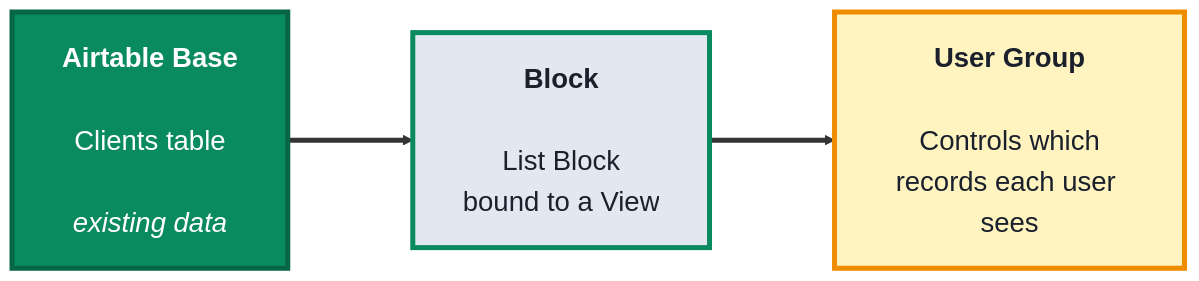
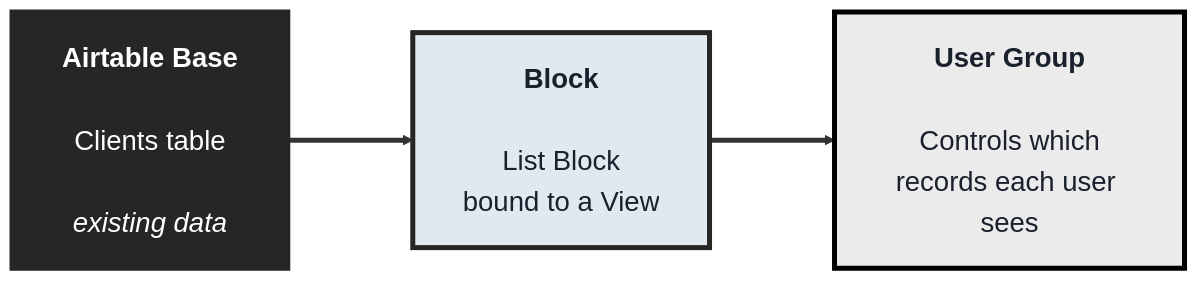
Before and after one commit to SHEMODELTECH/shemodeltech: the fourth of 4 diagrams in src/Pages/courses/TechArchs/internal-apps-beginner-course.md, drawn with Mermaid. The commit also changed other lines of this file and 46 other files, not shown here.

````diff
--- a/src/Pages/courses/TechArchs/internal-apps-beginner-course.md
+++ b/src/Pages/courses/TechArchs/internal-apps-beginner-course.md
@@ -207,14 +207,14 @@
 ```mermaid
-%%{init: {'theme':'base', 'themeVariables': {'fontSize':'22px', 'primaryTextColor':'#1a202c', 'primaryBorderColor':'#0a8a5f', 'lineColor':'#333333'}, 'flowchart': {'nodeSpacing': 70, 'rankSpacing': 100, 'padding': 20}}}%%
+%%{init: {'theme':'base', 'themeVariables': {'fontSize':'22px', 'primaryTextColor':'#1a202c', 'primaryBorderColor':'#262626', 'lineColor':'#333333'}, 'flowchart': {'nodeSpacing': 70, 'rankSpacing': 100, 'padding': 20}}}%%
 flowchart LR
     AB["<b>Airtable Base</b><br/><br/>Clients table<br/><br/><i>existing data</i>"]
     BL["<b>Block</b><br/><br/>List Block<br/>bound to a View"]
     UG["<b>User Group</b><br/><br/>Controls which<br/>records each user sees"]
 
     AB ==> BL ==> UG
 
-    style AB fill:#0a8a5f,color:#fff,stroke:#076647,stroke-width:4px
-    style BL fill:#e2e8f0,color:#1a202c,stroke:#0a8a5f,stroke-width:4px
-    style UG fill:#fff3bf,color:#1a202c,stroke:#f08c00,stroke-width:4px
+    style AB fill:#262626,color:#fff,stroke:#262626,stroke-width:4px
+    style BL fill:#e2e8f0,color:#1a202c,stroke:#262626,stroke-width:4px
+    style UG fill:#EBEBEB,color:#1a202c,stroke:#000000,stroke-width:4px
     linkStyle default stroke-width:4px,stroke:#333333
 ```
````
